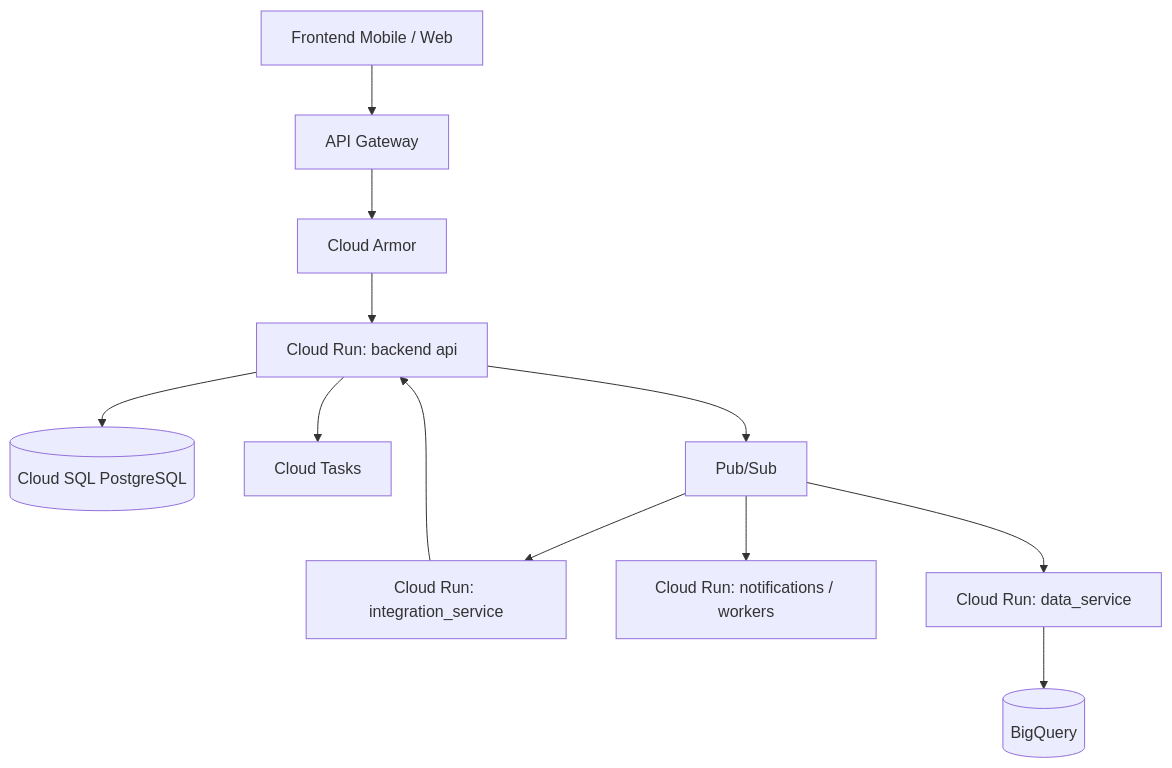
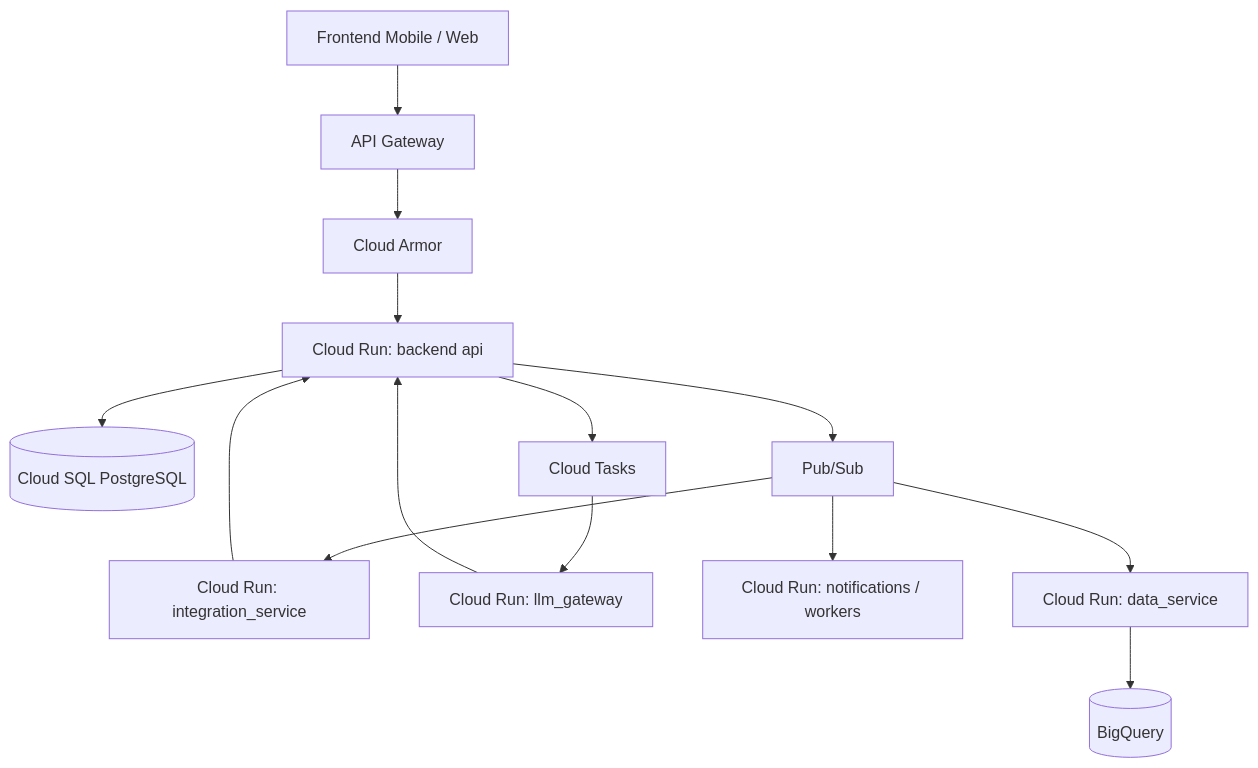
Before and after one commit to Jhon32-hue/Vexxo_Backend_API: diagram 17 of 20 in README.md, drawn with Mermaid. The commit also changed other lines of this file and 741 other files, not shown here.

````diff
--- a/README.md
+++ b/README.md
@@ -1122,26 +1172,29 @@
 ```mermaid
 flowchart TB
     FE[Frontend Mobile / Web]
     GW[API Gateway]
     CA[Cloud Armor]
     API[Cloud Run: backend api]
     SQL[(Cloud SQL PostgreSQL)]
     TASKS[Cloud Tasks]
     BUS[Pub/Sub]
     INT[Cloud Run: integration_service]
+    LLM[Cloud Run: llm_gateway]
     NOTI[Cloud Run: notifications / workers]
     DATA[Cloud Run: data_service]
     BQ[(BigQuery)]
 
     FE --> GW
     GW --> CA
     CA --> API
     API --> SQL
     API --> TASKS
     API --> BUS
+    TASKS --> LLM
     BUS --> INT
     BUS --> NOTI
     BUS --> DATA
     INT --> API
+    LLM --> API
     DATA --> BQ
 ```
````
